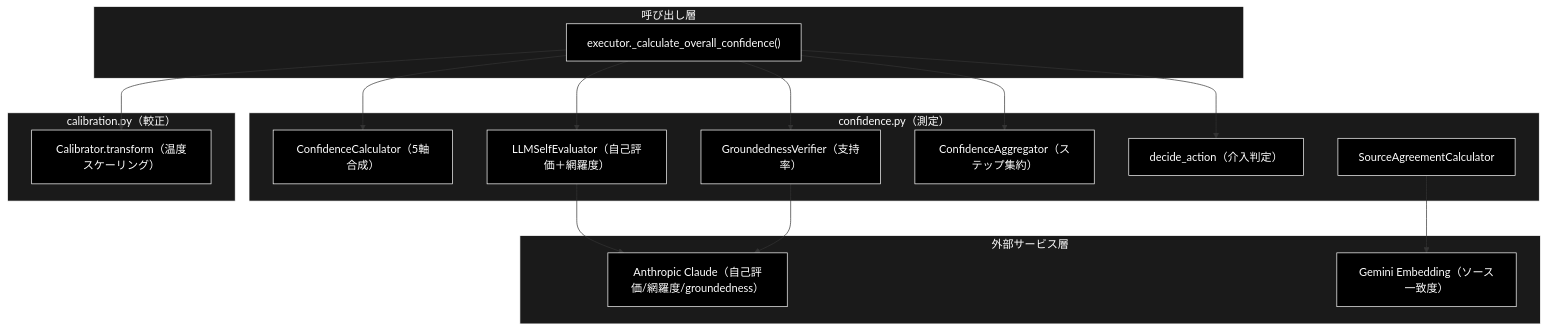
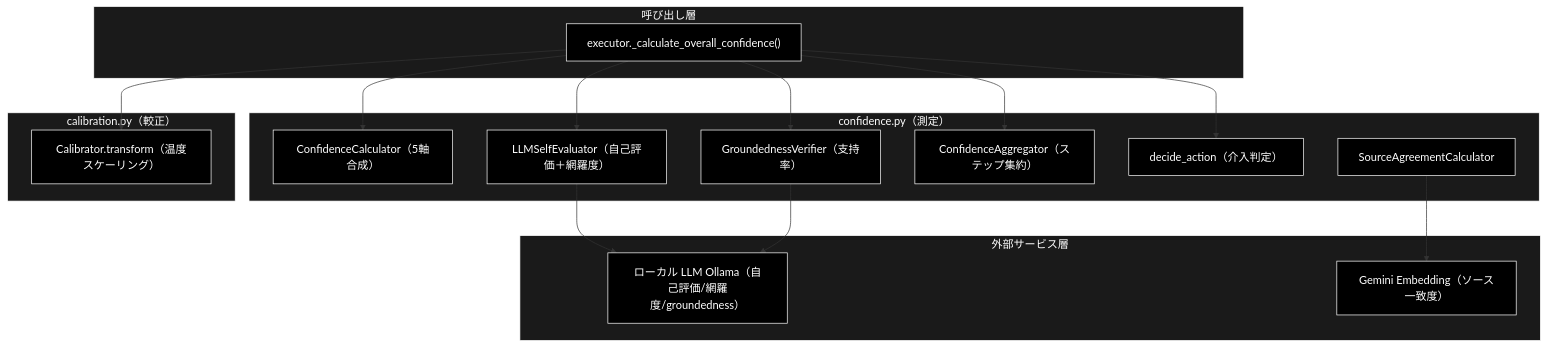
One commit to nakashima2toshio/grace_v2_local changed the first of 2 diagrams in grace/docs/confidence_calibration.md. Above: the diagram before and after it, drawn with Mermaid. The commit also changed other lines of this file and 4 other files, not shown here.

````diff
--- a/grace/docs/confidence_calibration.md
+++ b/grace/docs/confidence_calibration.md
@@ -81,41 +86,41 @@
 ```mermaid
 flowchart TB
     subgraph CLIENT["呼び出し層"]
         EXEC["executor._calculate_overall_confidence()"]
     end
 
     subgraph MEASURE["confidence.py（測定）"]
         CALC["ConfidenceCalculator（5軸合成）"]
         SELF["LLMSelfEvaluator（自己評価＋網羅度）"]
         GND["GroundednessVerifier（支持率）"]
         AGG["ConfidenceAggregator（ステップ集約）"]
         DEC["decide_action（介入判定）"]
         SRC["SourceAgreementCalculator"]
     end
 
     subgraph CALIB["calibration.py（較正）"]
         CB["Calibrator.transform（温度スケーリング）"]
     end
 
     subgraph EXTERNAL["外部サービス層"]
-        LLM["Anthropic Claude（自己評価/網羅度/groundedness）"]
+        LLM["ローカル LLM Ollama（自己評価/網羅度/groundedness）"]
         EMB["Gemini Embedding（ソース一致度）"]
     end
 
     EXEC --> CALC
     EXEC --> SELF
     EXEC --> AGG
     EXEC --> GND
     EXEC --> CB
     EXEC --> DEC
     SELF --> LLM
     GND --> LLM
     SRC --> EMB
 classDef default fill:#000,stroke:#fff,color:#fff
 classDef subgraphStyle fill:#1a1a1a,stroke:#fff,color:#fff
 class EXEC,CALC,SELF,GND,AGG,DEC,SRC,CB,LLM,EMB default
 style CLIENT fill:#1a1a1a,stroke:#fff,color:#fff
 style MEASURE fill:#1a1a1a,stroke:#fff,color:#fff
 style CALIB fill:#1a1a1a,stroke:#fff,color:#fff
 style EXTERNAL fill:#1a1a1a,stroke:#fff,color:#fff
 ```
````
